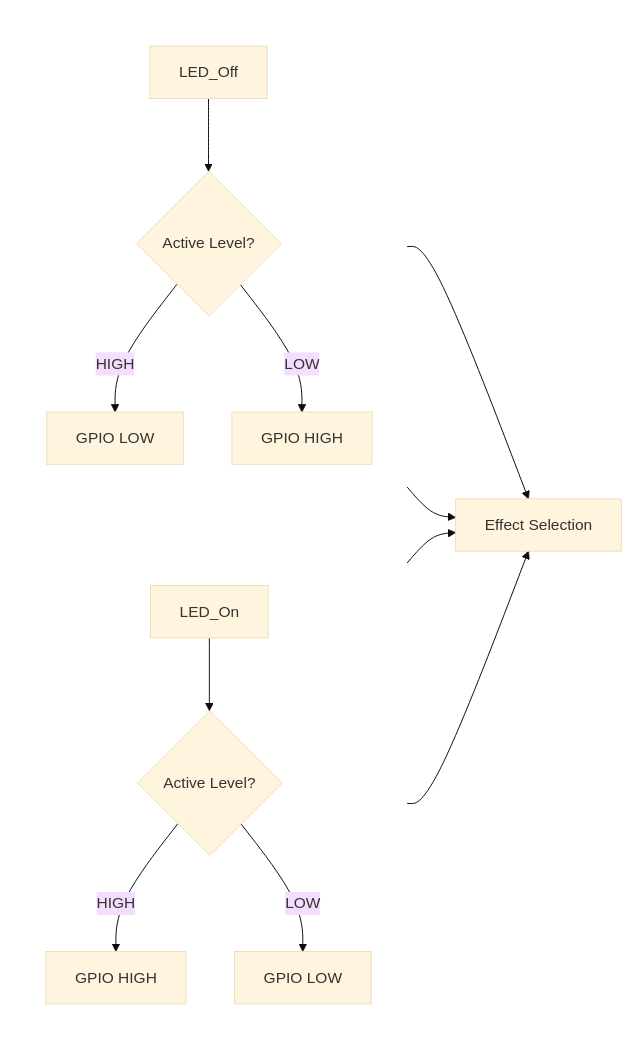
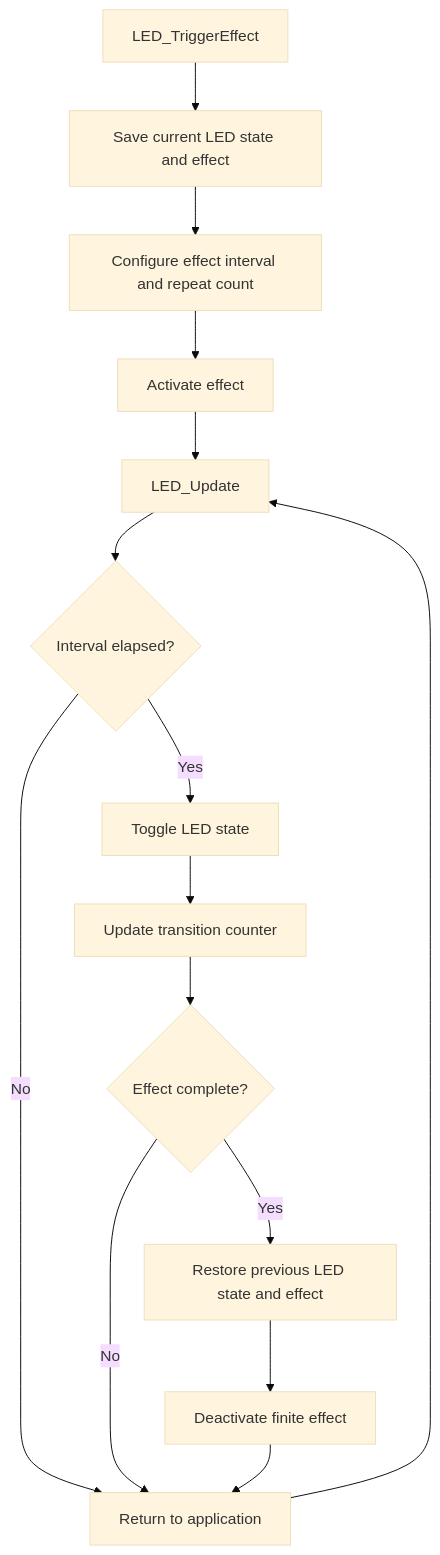
One commit to JP-REY/STM32F103C8T6-Based-Electronic-Lock changed the fourth of 5 diagrams in Libs/Components/Led/README.md. Above: the diagram before and after it, drawn with Mermaid (base theme). The commit also changed other lines of this file and 4 other files, not shown here.

````diff
--- a/Libs/Components/Led/README.md
+++ b/Libs/Components/Led/README.md
@@ -446,24 +777,24 @@
 ```mermaid
-flowchart LR
-    subgraph ON_PATH[ ]
-        direction TB
-        ON[LED_On] --> ON_CHECK{Active Level?}
-        ON_CHECK -->|HIGH| H1[GPIO HIGH]
-        ON_CHECK -->|LOW| L1[GPIO LOW]
-    end
+flowchart TD
+    TRIGGER[LED_TriggerEffect] --> SAVE[Save current LED state and effect]
 
-    subgraph OFF_PATH[ ]
-        direction TB
-        OFF[LED_Off] --> OFF_CHECK{Active Level?}
-        OFF_CHECK -->|HIGH| L2[GPIO LOW]
-        OFF_CHECK -->|LOW| H2[GPIO HIGH]
-    end
+    SAVE --> CONFIG[Configure effect interval and repeat count]
+    CONFIG --> ACTIVE[Activate effect]
 
-    H1 --> EFFECT[Effect Selection]
-    L1 --> EFFECT
-    H2 --> EFFECT
-    L2 --> EFFECT
+    ACTIVE --> UPDATE[LED_Update]
+    UPDATE --> ELAPSED{Interval elapsed?}
 
-    style ON_PATH fill:none,stroke:none
-    style OFF_PATH fill:none,stroke:none
+    ELAPSED -->|No| RETURN[Return to application]
+    ELAPSED -->|Yes| TOGGLE[Toggle LED state]
+
+    TOGGLE --> COUNT[Update transition counter]
+    COUNT --> COMPLETE{Effect complete?}
+
+    COMPLETE -->|No| RETURN
+    COMPLETE -->|Yes| RESTORE[Restore previous LED state and effect]
+
+    RESTORE --> INACTIVE[Deactivate finite effect]
+    INACTIVE --> RETURN
+
+    RETURN --> UPDATE
 ```
````
